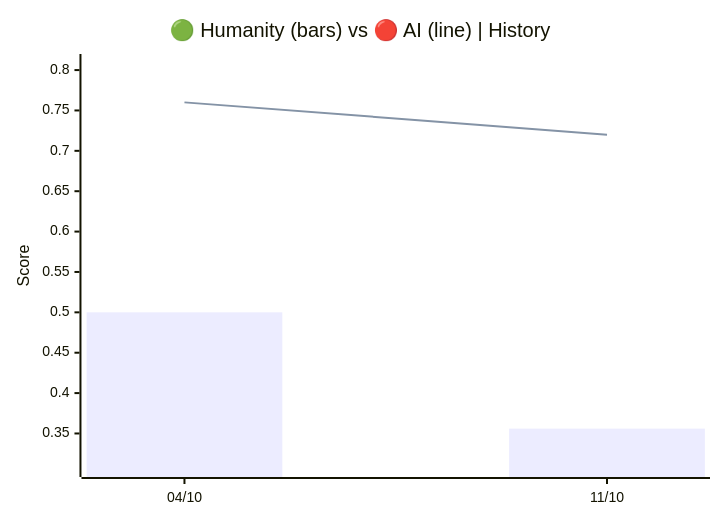
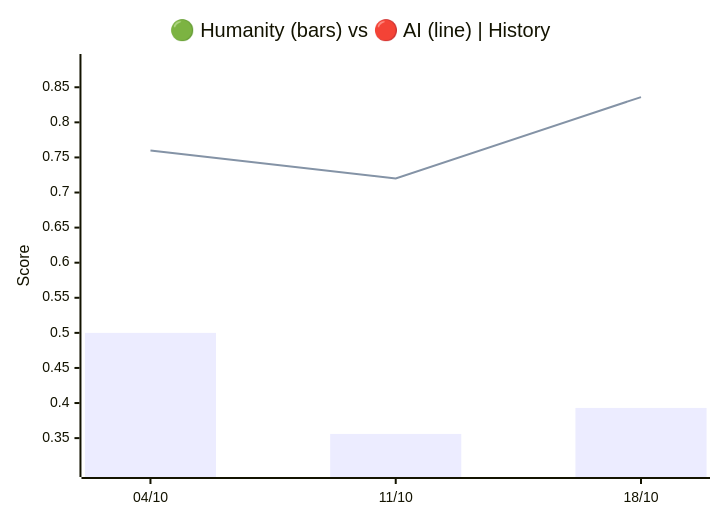
One commit to VQQLK/Human-AI-Monitor changed the first of 3 diagrams in README.md. Above: the diagram before and after it, drawn with Mermaid. The commit also changed other lines of this file and 10 other files, not shown here.

````diff
--- a/README.md
+++ b/README.md
@@ -34,8 +34,8 @@
 ```mermaid
 xychart-beta
     title "🟢 Humanity (bars) vs 🔴 AI (line) | History"
-    x-axis ["04/10", "11/10"]
-    y-axis "Score" 0.306 --> 0.810
-    bar [0.500, 0.356]
-    line [0.760, 0.720]
+    x-axis ["04/10", "11/10", "18/10"]
+    y-axis "Score" 0.306 --> 0.886
+    bar [0.500, 0.356, 0.393]
+    line [0.760, 0.720, 0.836]
 ```
````
